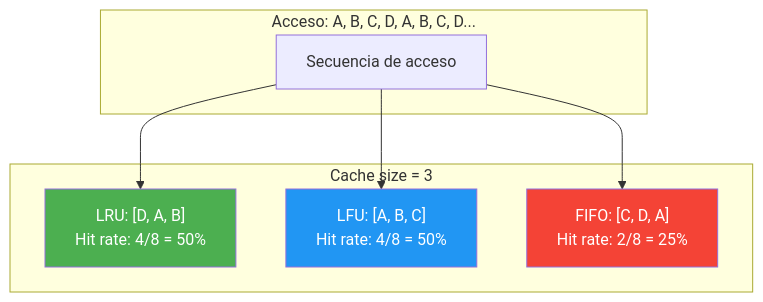
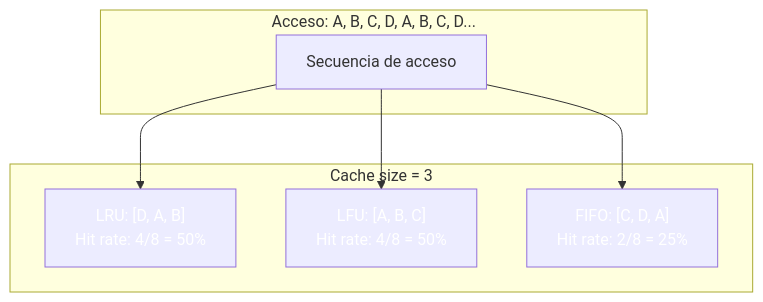
The sixth of 17 diagrams in 14-cache-redis.md (joseluisgs/DesarrolloWebEntornosServidor-02-2026-2027), drawn with Mermaid before and after one commit. The commit also changed other lines of this file and 41 other files, not shown here.

````diff
--- a/14-cache-redis.md
+++ b/14-cache-redis.md
@@ -222,14 +222,14 @@
 ```mermaid
 flowchart TD
     subgraph "Acceso: A, B, C, D, A, B, C, D..."
         S["Secuencia de acceso"]
     end
     subgraph "Cache size = 3"
         S --> LRU["LRU: [D, A, B]<br/>Hit rate: 4/8 = 50%"]
         S --> LFU["LFU: [A, B, C]<br/>Hit rate: 4/8 = 50%"]
         S --> FIFO["FIFO: [C, D, A]<br/>Hit rate: 2/8 = 25%"]
     end
-    style LRU fill:#4CAF50,color:#fff
-    style LFU fill:#2196F3,color:#fff
-    style FIFO fill:#F44336,color:#fff
+    style LRU fill:#4CAF5,color:#fff0,color:#fff
+    style LFU fill:#2196F,color:#fff3,color:#fff
+    style FIFO fill:#F4433,color:#fff6,color:#fff
 ```
````
